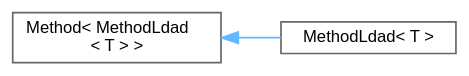
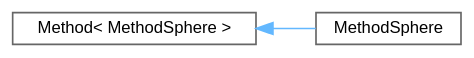
One commit to nikhil-admal/mdstresslab changed the diagram in inherit_graph_9.dot. Above: the diagram before and after it, drawn with Graphviz. The commit also changed 88 other files, not shown here.

```diff
--- a/inherit_graph_9.dot
+++ b/inherit_graph_9.dot
@@ -1,11 +1,11 @@
 digraph "Graphical Class Hierarchy"
 {
  // LATEX_PDF_SIZE
   bgcolor="transparent";
   edge [fontname=Helvetica,fontsize=10,labelfontname=Helvetica,labelfontsize=10];
   node [fontname=Helvetica,fontsize=10,shape=box,height=0.2,width=0.4];
   rankdir="LR";
-  Node0 [id="Node000000",label="Method\< MethodLdad\l\< T \> \>",height=0.2,width=0.4,color="grey40", fillcolor="white", style="filled",URL="$classMethod.html",tooltip=" "];
+  Node0 [id="Node000000",label="Method\< MethodSphere \>",height=0.2,width=0.4,color="grey40", fillcolor="white", style="filled",URL="$classMethod.html",tooltip=" "];
   Node0 -> Node1 [id="edge5_Node000000_Node000001",dir="back",color="steelblue1",style="solid",tooltip=" "];
-  Node1 [id="Node000001",label="MethodLdad\< T \>",height=0.2,width=0.4,color="grey40", fillcolor="white", style="filled",URL="$classMethodLdad.html",tooltip=" "];
+  Node1 [id="Node000001",label="MethodSphere",height=0.2,width=0.4,color="grey40", fillcolor="white", style="filled",URL="$classMethodSphere.html",tooltip=" "];
 }
```
